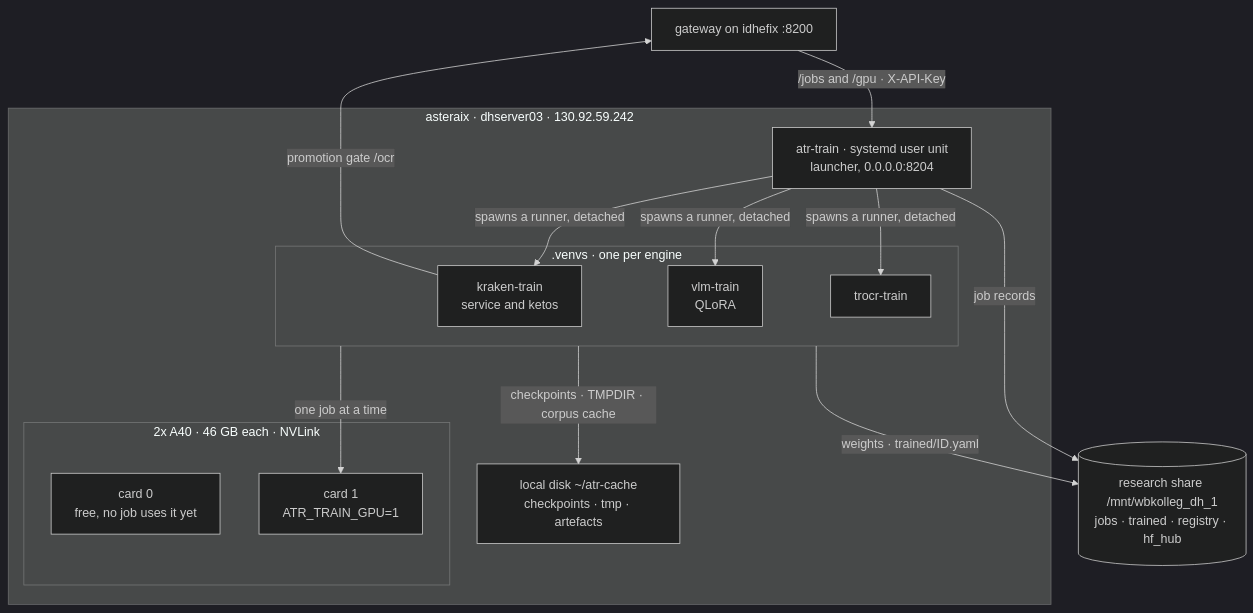
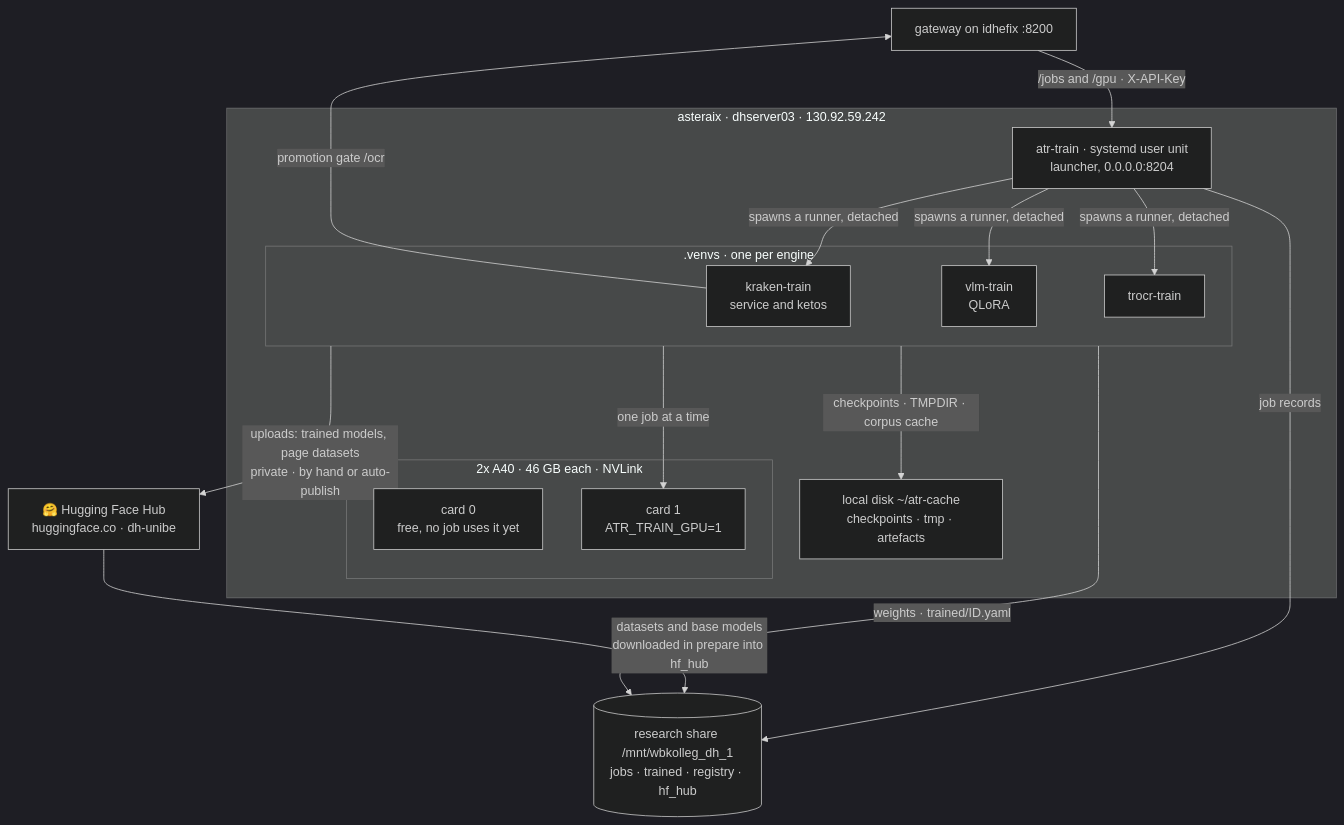
Before and after one commit to thodel/training-atr-models: the diagram in README.md, drawn with Mermaid (dark theme). The commit also changed 1 other file, not shown here.

Commit message:
Hugging Face in the machine diagram: where datasets come from, where models go
The hub is the only outside source and sink of data on asteraix: prepare
downloads datasets and base models into the shared cache, uploads are
private repos under dh-unibe. Requested on 17.09.2026.

````diff
--- a/README.md
+++ b/README.md
@@ -9,27 +9,30 @@
 ```mermaid
 flowchart TB
   gw["gateway on idhefix :8200"]
   subgraph asteraix["asteraix · dhserver03 · 130.92.59.242"]
     unit["atr-train · systemd user unit<br/>launcher, 0.0.0.0:8204"]
     subgraph venvs[".venvs · one per engine"]
       k["kraken-train<br/>service and ketos"]
       v["vlm-train<br/>QLoRA"]
       t["trocr-train"]
     end
     subgraph gpus["2x A40 · 46 GB each · NVLink"]
       g0["card 0<br/>free, no job uses it yet"]
       g1["card 1<br/>ATR_TRAIN_GPU=1"]
     end
     local["local disk ~/atr-cache<br/>checkpoints · tmp · artefacts"]
   end
   share[("research share /mnt/wbkolleg_dh_1<br/>jobs · trained · registry · hf_hub")]
+  hf["🤗 Hugging Face Hub<br/>huggingface.co · dh-unibe"]
   gw -- "/jobs and /gpu · X-API-Key" --> unit
   unit -- "spawns a runner, detached" --> k
   unit -- "spawns a runner, detached" --> v
   unit -- "spawns a runner, detached" --> t
   unit -- "job records" --> share
   venvs -- "one job at a time" --> g1
   venvs -- "checkpoints · TMPDIR · corpus cache" --> local
   venvs -- "weights · trained/ID.yaml" --> share
   k -- "promotion gate /ocr" --> gw
+  hf -- "datasets and base models<br/>downloaded in prepare into hf_hub" --> share
+  venvs -- "uploads: trained models, page datasets<br/>private · by hand or auto-publish" --> hf
 ```
````
